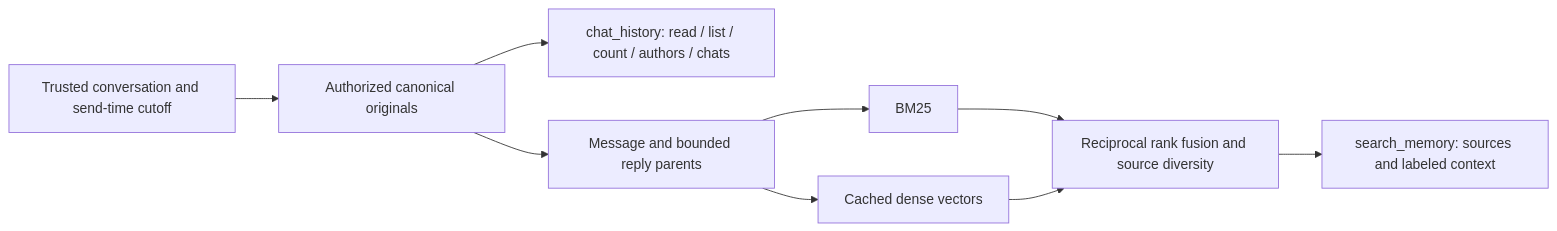
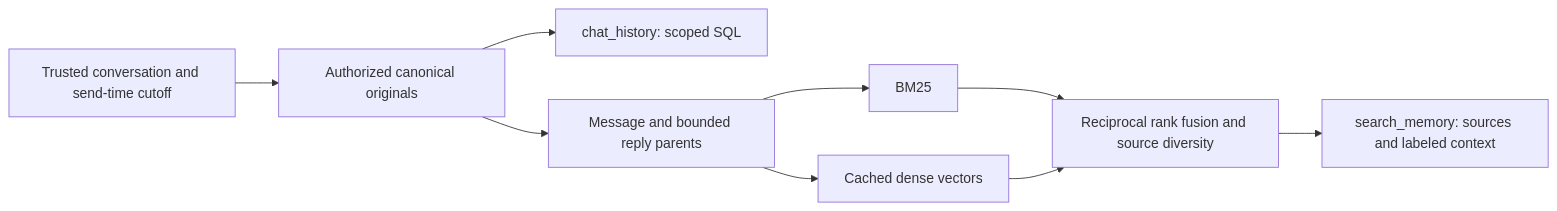
One commit to K1rL3s/dashulya changed the diagram in docs/design/chat-memory.md. Above: the diagram before and after it, drawn with Mermaid. The commit also changed other lines of this file and 98 other files, not shown here.

First line of the commit message:
Ship scoped SQL history, media recall and faster memory search

````diff
--- a/docs/design/chat-memory.md
+++ b/docs/design/chat-memory.md
@@ -11,11 +11,11 @@
 ```mermaid
 flowchart LR
     Request[Trusted conversation and send-time cutoff] --> Scope[Authorized canonical originals]
-    Scope --> History[chat_history: read / list / count / authors / chats]
+    Scope --> History[chat_history: scoped SQL]
     Scope --> Blocks[Message and bounded reply parents]
     Blocks --> Lexical[BM25]
     Blocks --> Dense[Cached dense vectors]
     Lexical --> Fusion[Reciprocal rank fusion and source diversity]
     Dense --> Fusion
     Fusion --> Recall[search_memory: sources and labeled context]
 ```
````
